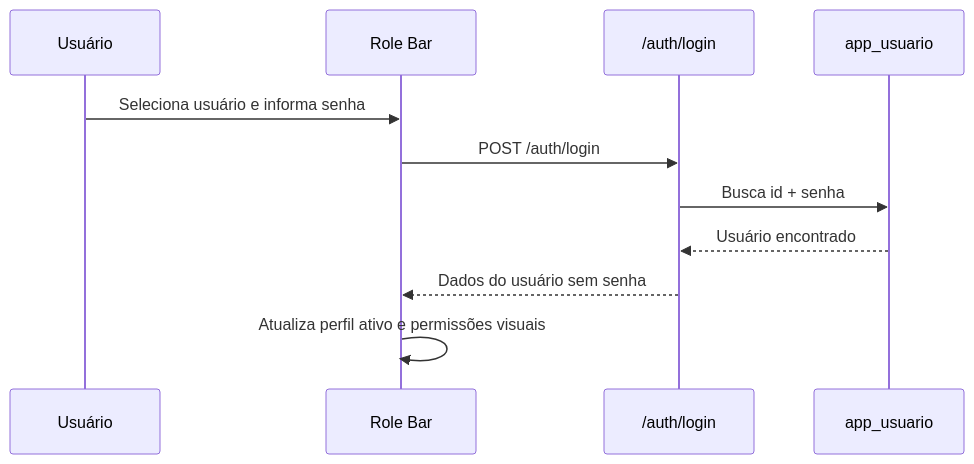
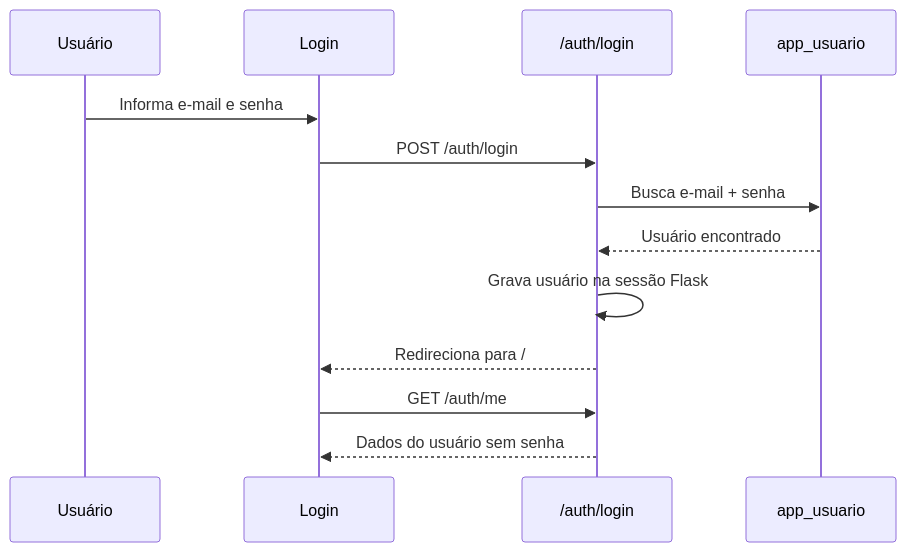
The third of 4 diagrams in docs/arquitetura.md (Thiago64ga/projeto-comercial-DB), drawn with Mermaid before and after one commit. The commit also changed other lines of this file and 26 other files, not shown here.

````diff
--- a/docs/arquitetura.md
+++ b/docs/arquitetura.md
@@ -118,14 +120,16 @@
 ```mermaid
 sequenceDiagram
     participant U as Usuário
-    participant UI as Role Bar
+    participant UI as Login
     participant API as /auth/login
     participant DB as app_usuario
 
-    U->>UI: Seleciona usuário e informa senha
+    U->>UI: Informa e-mail e senha
     UI->>API: POST /auth/login
-    API->>DB: Busca id + senha
+    API->>DB: Busca e-mail + senha
     DB-->>API: Usuário encontrado
+    API->>API: Grava usuário na sessão Flask
+    API-->>UI: Redireciona para /
+    UI->>API: GET /auth/me
     API-->>UI: Dados do usuário sem senha
-    UI->>UI: Atualiza perfil ativo e permissões visuais
 ```
````
